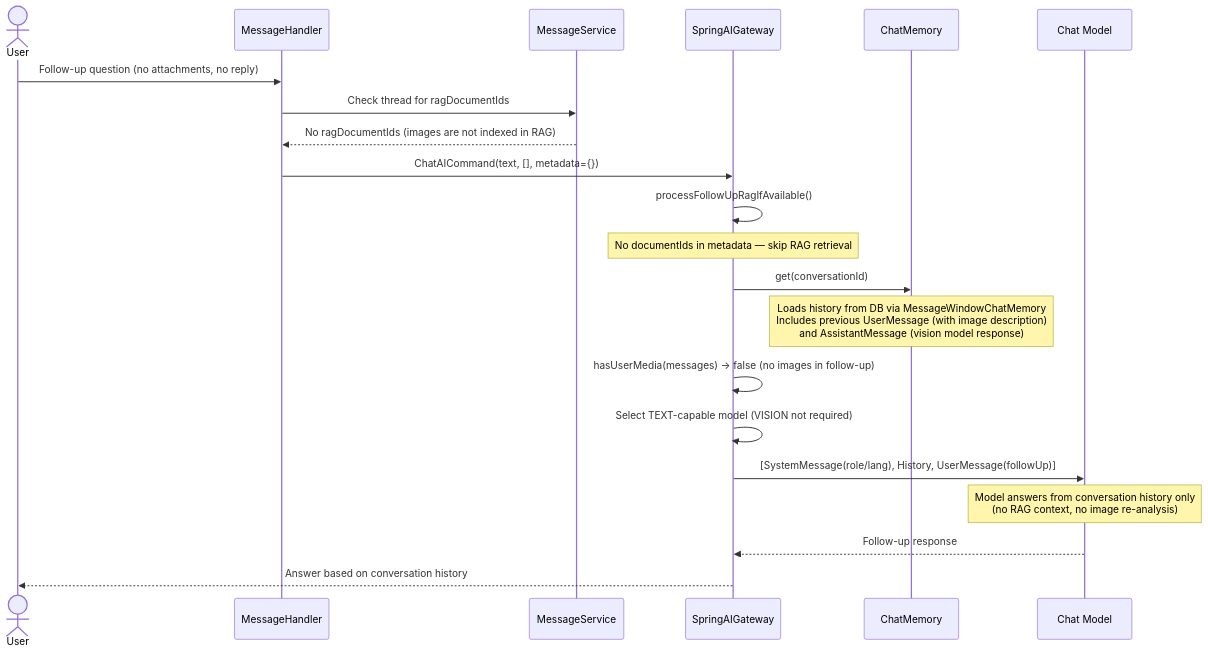
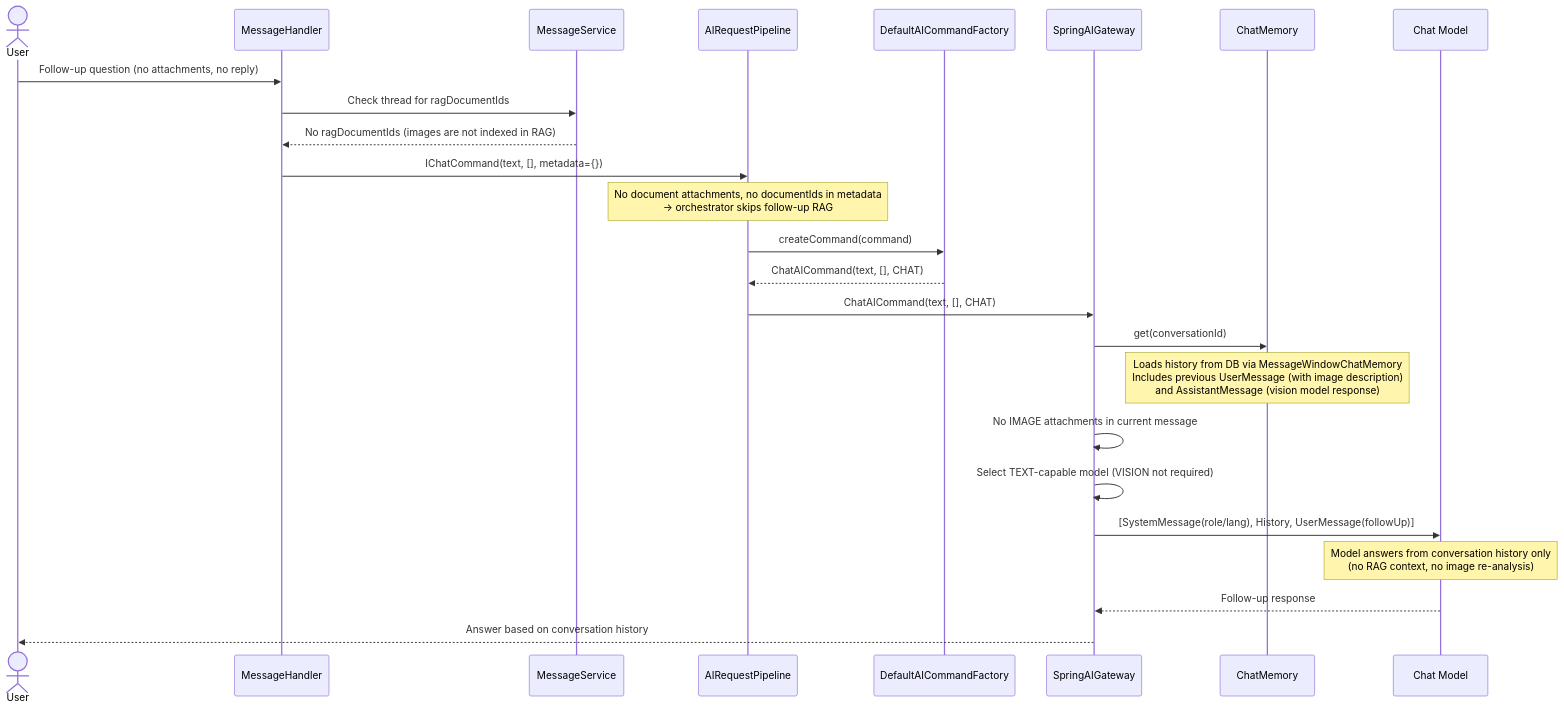
Before and after one commit to NGirchev/open-daimon: the third of 3 diagrams in docs/usecases/image-vision-direct.md, drawn with Mermaid. The commit also changed other lines of this file and 13 other files, not shown here.

````diff
--- a/docs/usecases/image-vision-direct.md
+++ b/docs/usecases/image-vision-direct.md
@@ -113,31 +127,36 @@
 ```mermaid
 sequenceDiagram
     actor User
     participant Handler as MessageHandler
     participant MS as MessageService
+    participant PL as AIRequestPipeline
+    participant CF as DefaultAICommandFactory
     participant GW as SpringAIGateway
     participant Mem as ChatMemory
     participant LLM as Chat Model
 
     User->>Handler: Follow-up question (no attachments, no reply)
 
     Handler->>MS: Check thread for ragDocumentIds
     MS-->>Handler: No ragDocumentIds (images are not indexed in RAG)
 
-    Handler->>GW: ChatAICommand(text, [], metadata={})
+    Handler->>PL: IChatCommand(text, [], metadata={})
 
-    GW->>GW: processFollowUpRagIfAvailable()
-    Note over GW: No documentIds in metadata — skip RAG retrieval
+    Note over PL: No document attachments, no documentIds in metadata<br/>→ orchestrator skips follow-up RAG
+    PL->>CF: createCommand(command)
+    CF-->>PL: ChatAICommand(text, [], CHAT)
+
+    PL->>GW: ChatAICommand(text, [], CHAT)
 
     GW->>Mem: get(conversationId)
     Note over Mem: Loads history from DB via MessageWindowChatMemory<br/>Includes previous UserMessage (with image description)<br/>and AssistantMessage (vision model response)
 
-    GW->>GW: hasUserMedia(messages) → false (no images in follow-up)
+    GW->>GW: No IMAGE attachments in current message
     GW->>GW: Select TEXT-capable model (VISION not required)
 
     GW->>LLM: [SystemMessage(role/lang), History, UserMessage(followUp)]
     Note over LLM: Model answers from conversation history only<br/>(no RAG context, no image re-analysis)
 
     LLM-->>GW: Follow-up response
     GW-->>User: Answer based on conversation history
 ```
````
